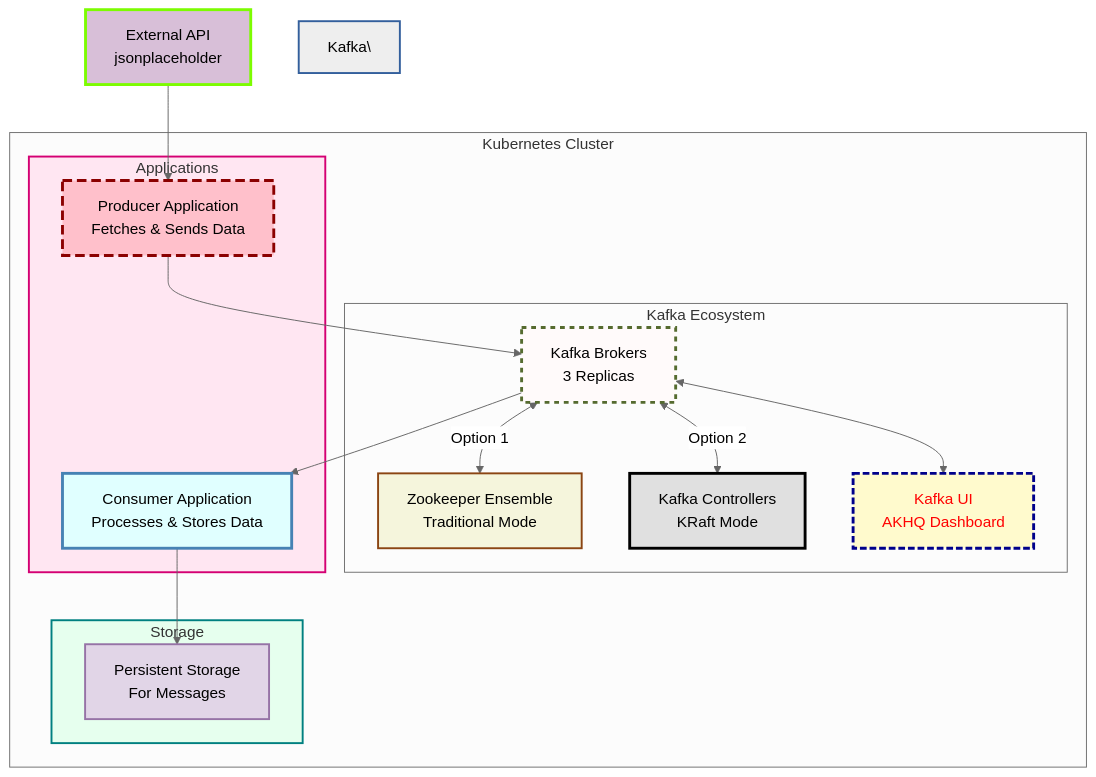
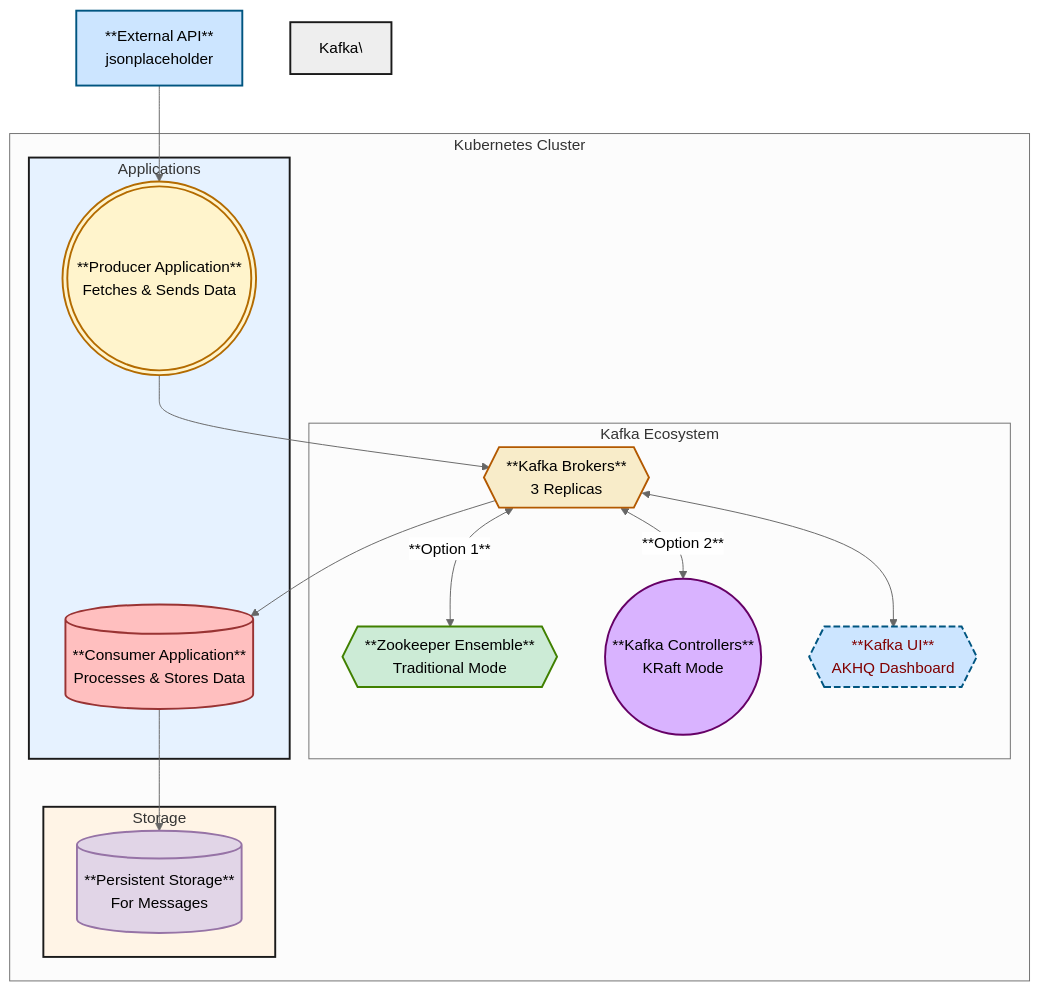
One commit to sansugupta/Apache-Kafka-Approaches changed the diagram in README.md. Above: the diagram before and after it, drawn with Mermaid (neutral theme).

````diff
--- a/README.md
+++ b/README.md
@@ -649,37 +649,37 @@
 ```mermaid
 flowchart TD
     subgraph "Kubernetes Cluster"
         subgraph "Kafka Ecosystem"
-            B["Kafka Brokers\n3 Replicas"] <--> |Option 1| Z["Zookeeper Ensemble\nTraditional Mode"]
-            B <--> |Option 2| K["Kafka Controllers\nKRaft Mode"]
-            B <--> UI["Kafka UI\nAKHQ Dashboard"]:::styledNode
+            B{{**Kafka Brokers**<br>3 Replicas}} <--> |**Option 1**| Z{{**Zookeeper Ensemble**<br>Traditional Mode}}
+            B <--> |**Option 2**| K((**Kafka Controllers**<br>KRaft Mode))
+            B <--> UI{{**Kafka UI**<br>AKHQ Dashboard}}:::styledNode
         end
         
         subgraph "Applications"
-            P["Producer Application\nFetches & Sends Data"] --> B
-            B --> C["Consumer Application\nProcesses & Stores Data"]
+            P(((**Producer Application**<br>Fetches & Sends Data))) --> B
+            B --> C[(**Consumer Application**<br>Processes & Stores Data)]
         end
         
         subgraph "Storage"
-            C --> S["Persistent Storage\nFor Messages"]:::storageStyle
+            C --> S[(**Persistent Storage**<br>For Messages)]:::storageStyle
         end
     end
     
-    API["External API\njsonplaceholder"] --> P
+    API["**External API**<br>jsonplaceholder"] --> P
     
-    style Kafka\ Ecosystem fill:#ddeeff,stroke:#335f9c,stroke-width:2px;
-    style Applications fill:#ffe6f2,stroke:#d40073,stroke-width:2px;
-    style Storage fill:#e6ffee,stroke:#008080,stroke-width:2px;
-    style B fill:#fffafa,stroke:#556b2f,stroke-width:3px,stroke-dasharray: 5 5;
-    style Z fill:#f5f5dc,stroke:#8b4513,stroke-width:2px;
-    style K fill:#e0e0e0,stroke:#000000,stroke-width:3px;
-    style UI fill:#fffacd,stroke:#00008b,stroke-width:3px;
-    style P fill:#ffc0cb,stroke:#8b0000,stroke-width:3px,stroke-dasharray: 10 5;
-    style C fill:#e0ffff,stroke:#4682b4,stroke-width:3px;
+    style Kafka\ Ecosystem fill:#ffffff,stroke:#1a1a1a,stroke-width:2px;
+    style Applications fill:#e6f2ff,stroke:#1a1a1a,stroke-width:2px;
+    style Storage fill:#fff4e6,stroke:#1a1a1a,stroke-width:2px;
+    style B fill:#f8ecc9,stroke:#b35900,stroke-width:2px;
+    style Z fill:#ccebd6,stroke:#408000,stroke-width:2px;
+    style K fill:#d9b3ff,stroke:#660066,stroke-width:2px;
+    style UI fill:#cce5ff,stroke:#005580,stroke-width:2px;
+    style P fill:#fff4cc,stroke:#b36b00,stroke-width:2px;
+    style C fill:#ffbfbf,stroke:#993333,stroke-width:2px;
     style S fill:#e1d5e7,stroke:#9673a6,stroke-width:2px;
-    style API fill:#d8bfd8,stroke:#7cfc00,stroke-width:3px;
+    style API fill:#cce5ff,stroke:#005580,stroke-width:2px;
 
-    classDef styledNode stroke-width:4px,stroke-dasharray: 7 3,color:#ff0000;
+    classDef styledNode stroke-width:4px,stroke-dasharray: 7 3,color:#800000;
     classDef storageStyle fill:#fafad2,stroke:#696969;
 
 ```
````
